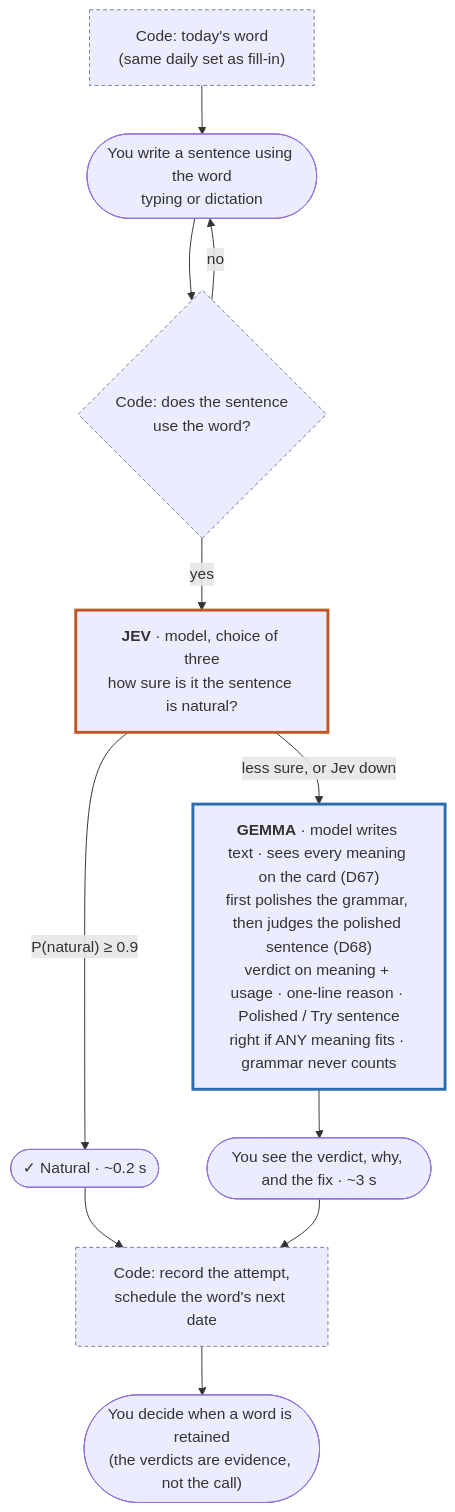
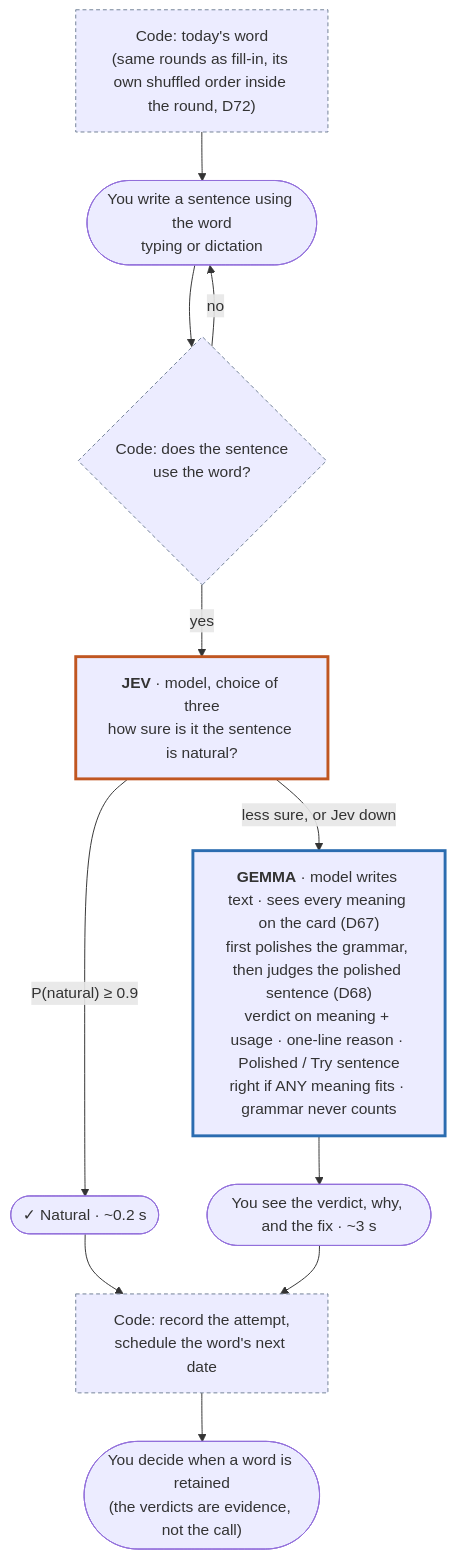
Before and after one commit to nurgazik/RetAIn: the diagram in diagrams/flow-write-a-sentence.md, drawn with Mermaid. The commit also changed other lines of this file and 4 other files, not shown here.

Commit message:
Diagrams: each exercise shuffles its round (D72)

````diff
--- a/diagrams/flow-write-a-sentence.md
+++ b/diagrams/flow-write-a-sentence.md
@@ -5,17 +5,17 @@
 ```mermaid
 flowchart TD
-    A["Code: today's word<br/>(same daily set as fill-in)"]:::code --> B([You write a sentence using the word<br/>typing or dictation])
+    A["Code: today's word<br/>(same rounds as fill-in, its own shuffled order inside the round, D72)"]:::code --> B([You write a sentence using the word<br/>typing or dictation])
     B --> CK{"Code: does the sentence<br/>use the word?"}:::code
     CK -- no --> B
     CK -- yes --> J["<b>JEV</b> · model, choice of three<br/>how sure is it the sentence is natural?"]:::gate
     J -- "P(natural) ≥ 0.9" --> OK(["✓ Natural · ~0.2 s"])
     J -- "less sure, or Jev down" --> F["<b>GEMMA</b> · model writes text · sees every meaning on the card (D67)<br/>first polishes the grammar, then judges the polished sentence (D68)<br/>verdict on meaning + usage · one-line reason · Polished / Try sentence<br/>right if ANY meaning fits · grammar never counts"]:::writer
     F --> SHOW([You see the verdict, why, and the fix · ~3 s])
     OK --> S["Code: record the attempt,<br/>schedule the word's next date"]:::code
     SHOW --> S
     S --> RET(["You decide when a word is retained<br/>(the verdicts are evidence, not the call)"])
 
     classDef writer stroke:#2b6cb0,stroke-width:3px
     classDef gate stroke:#c05621,stroke-width:3px
     classDef code stroke:#718096,stroke-dasharray:4 3
 ```
````
